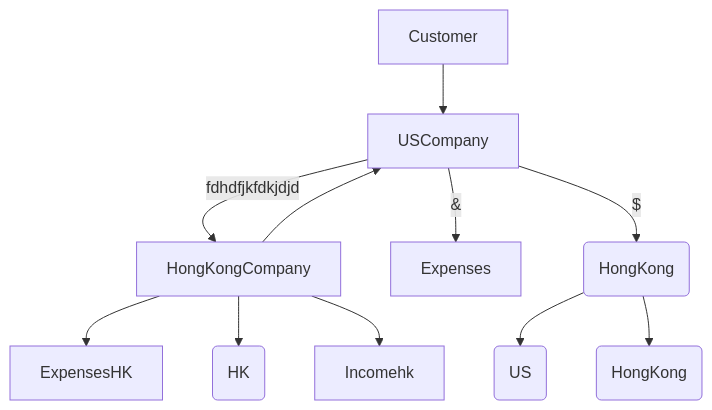
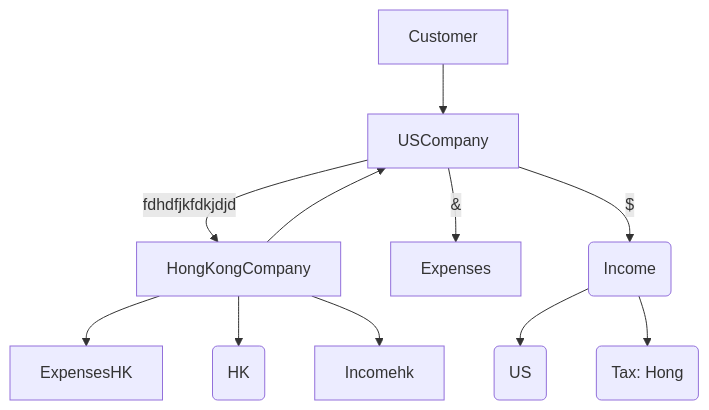
The diagram in cypress/platform/dev-diagrams/layout-tests/domus/Company.mmd (mermaid-js/mermaid), drawn with Mermaid before and after one commit. The commit also changed 6 other files, not shown here.

```diff
--- a/cypress/platform/dev-diagrams/layout-tests/domus/Company.mmd
+++ b/cypress/platform/dev-diagrams/layout-tests/domus/Company.mmd
@@ -1,13 +1,13 @@
     flowchart TD
         Customer --> USCompany
 
         USCompany -- fdhdfjkfdkjdjd --> HongKongCompany
         USCompany -- & --> Expenses
         USCompany --$ --> Income
         HongKongCompany  --> USCompany
         Income(US) --> Tax1(US)
 
         HongKongCompany --> ExpensesHK
         HongKongCompany --> Wages(HK)
         HongKongCompany --> Incomehk
-        Income(HongKong) --> Tax(HongKong)
+        Income(Income) --> Tax(Tax: Hong)
```
